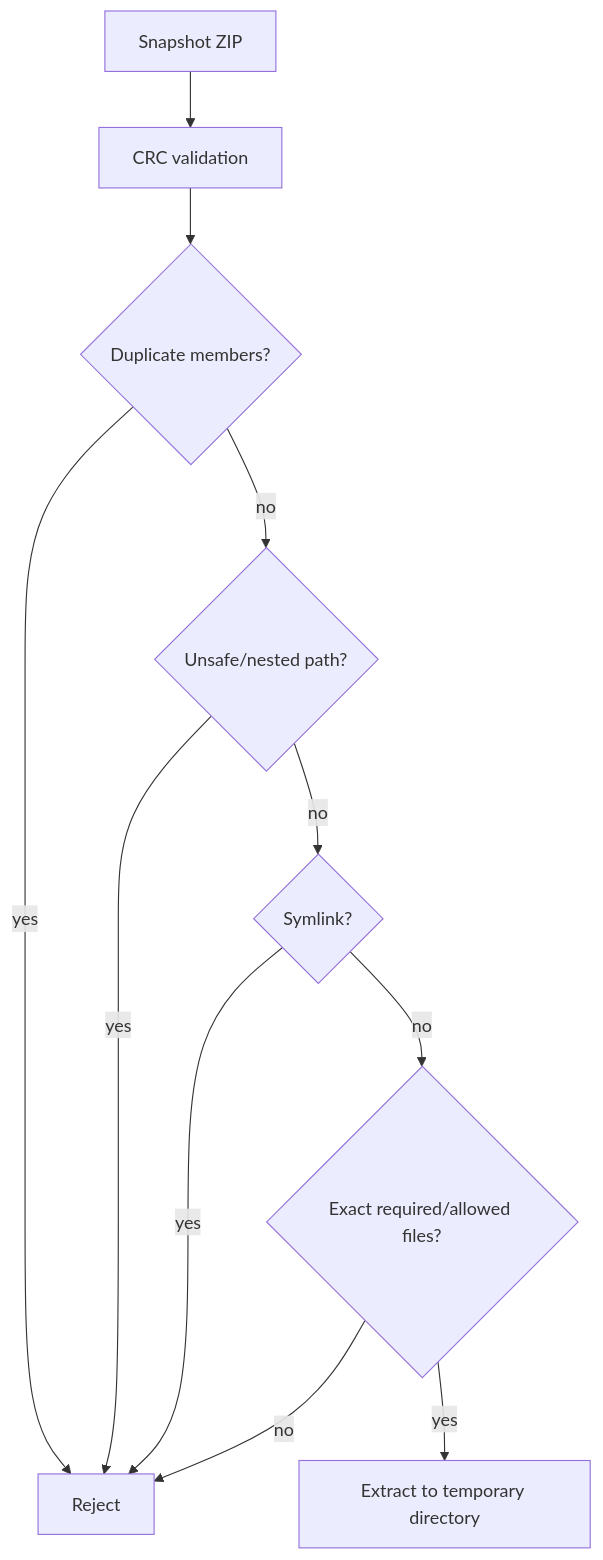
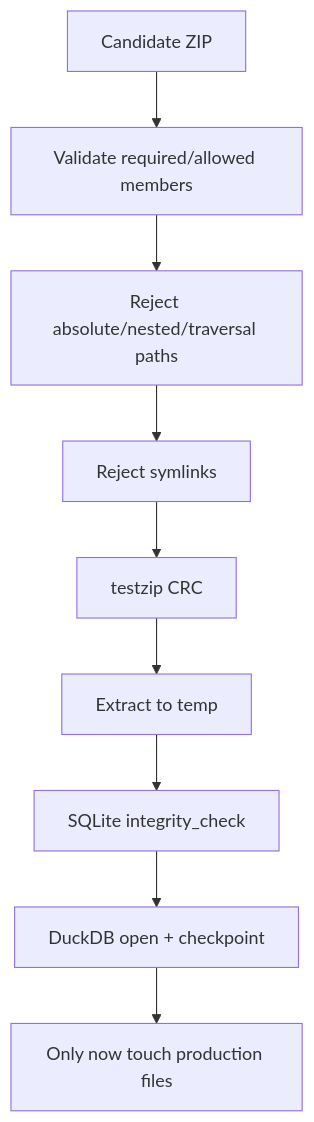
One commit to tks18/personal-finance-etl changed the fourth of 5 diagrams in docs/architecture/backup-and-restore.md. Above: the diagram before and after it, drawn with Mermaid. The commit also changed other lines of this file and 10 other files, not shown here.

Commit message:
docs: update docs/architecture for latest version

````diff
--- a/docs/architecture/backup-and-restore.md
+++ b/docs/architecture/backup-and-restore.md
@@ -146,13 +198,11 @@
 ```mermaid
 flowchart TD
-    Z[Snapshot ZIP] --> CRC[CRC validation]
-    CRC --> DUP{Duplicate members?}
-    DUP -- yes --> FAIL[Reject]
-    DUP -- no --> PATH{Unsafe/nested path?}
-    PATH -- yes --> FAIL
-    PATH -- no --> LINK{Symlink?}
-    LINK -- yes --> FAIL
-    LINK -- no --> SET{Exact required/allowed files?}
-    SET -- no --> FAIL
-    SET -- yes --> EXT[Extract to temporary directory]
+    Z[Candidate ZIP] --> Names[Validate required/allowed members]
+    Names --> Paths[Reject absolute/nested/traversal paths]
+    Paths --> Links[Reject symlinks]
+    Links --> CRC[testzip CRC]
+    CRC --> Extract[Extract to temp]
+    Extract --> SQ[SQLite integrity_check]
+    SQ --> DU[DuckDB open + checkpoint]
+    DU --> Install[Only now touch production files]
 ```
````
